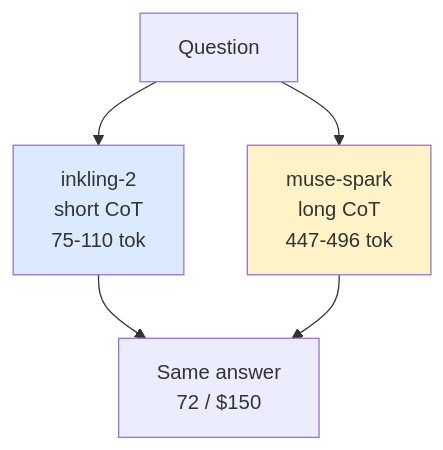
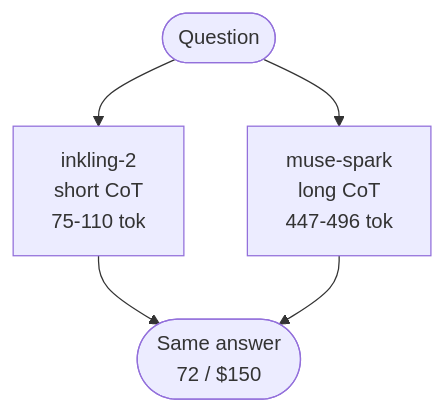
One commit to saforem2/samf.sh changed the second of 5 diagrams in web/src/pages/posts/2026/11/16/index.mdx. Above: the diagram before and after it, drawn with Mermaid. The commit also changed other lines of this file, not shown here.

First line of the commit message:
post(2026-11-16): tighten mermaid diagrams, drop session-log aside

````diff
--- a/web/src/pages/posts/2026/11/16/index.mdx
+++ b/web/src/pages/posts/2026/11/16/index.mdx
@@ -72,9 +63,8 @@
 ```mermaid
 flowchart TD
-    Q[Question] --> R1[inkling-2<br/>short CoT<br/>75-110 tok]
-    Q --> R2[muse-spark<br/>long CoT<br/>447-496 tok]
-    R1 --> A[Same answer<br/>72 / $150]
+    Q@{ shape: stadium, label: "Question" }
+    Q --> R1@{ shape: rect, label: "inkling-2<br/>short CoT<br/>75-110 tok" }
+    Q --> R2@{ shape: rect, label: "muse-spark<br/>long CoT<br/>447-496 tok" }
+    R1 --> A@{ shape: stadium, label: "Same answer<br/>72 / $150" }
     R2 --> A
-    style R1 fill:#dbeafe
-    style R2 fill:#fef3c7
 ```
````
